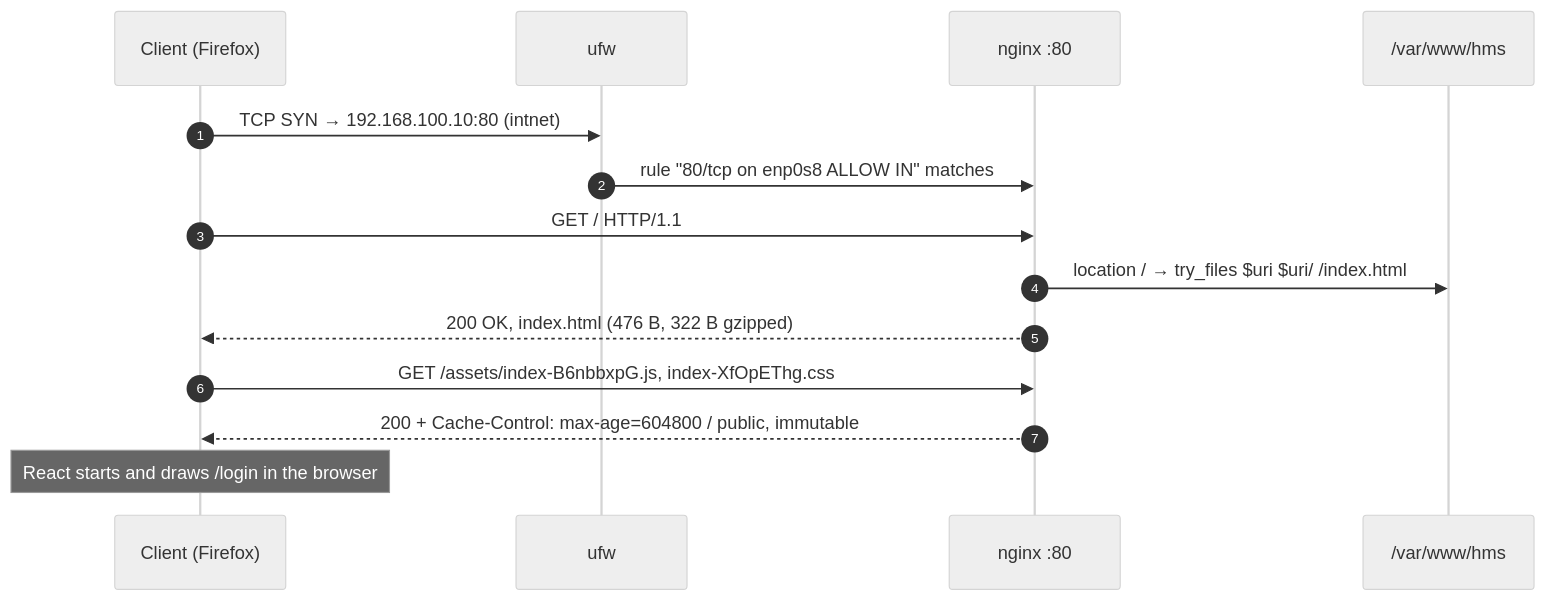
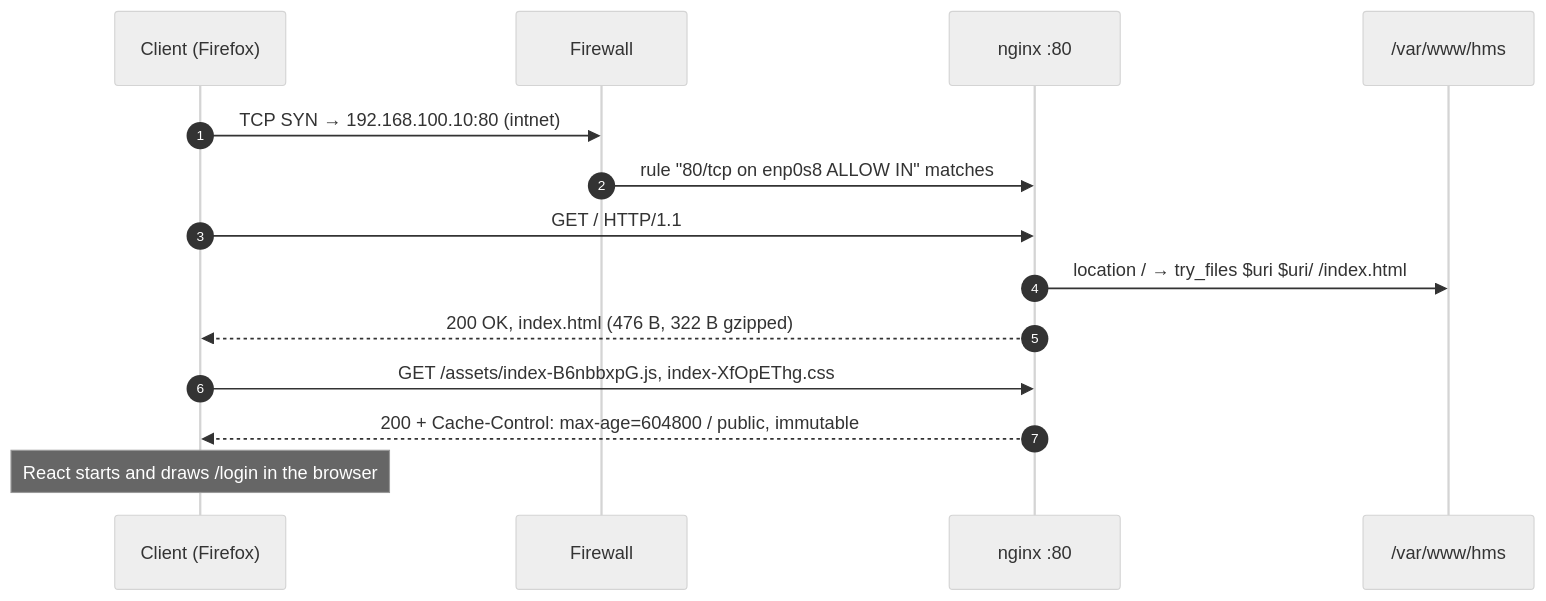
The second of 5 diagrams in docs/request-flow.md (Gaston202/NetworksProject), drawn with Mermaid (neutral theme) before and after one commit. The commit also changed other lines of this file, not shown here.

Commit message:
docs: call the ufw layer "Firewall" in the request-flow diagrams

````diff
--- a/docs/request-flow.md
+++ b/docs/request-flow.md
@@ -51,16 +51,16 @@
 ```mermaid
 sequenceDiagram
     autonumber
     participant B as Client (Firefox)
-    participant F as ufw
+    participant F as Firewall
     participant N as nginx :80
     participant D as /var/www/hms
     B->>F: TCP SYN → 192.168.100.10:80 (intnet)
     F->>N: rule "80/tcp on enp0s8 ALLOW IN" matches
     B->>N: GET / HTTP/1.1
     N->>D: location / → try_files $uri $uri/ /index.html
     N-->>B: 200 OK, index.html (476 B, 322 B gzipped)
     B->>N: GET /assets/index-B6nbbxpG.js, index-XfOpEThg.css
     N-->>B: 200 + Cache-Control: max-age=604800 / public, immutable
     Note over B: React starts and draws /login in the browser
 ```
````
